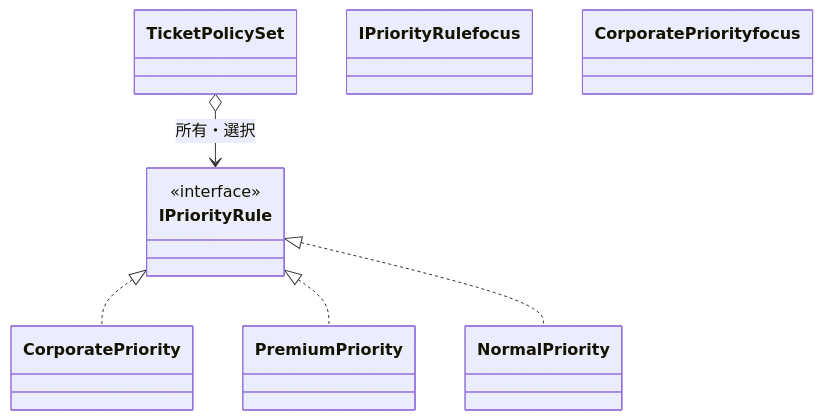
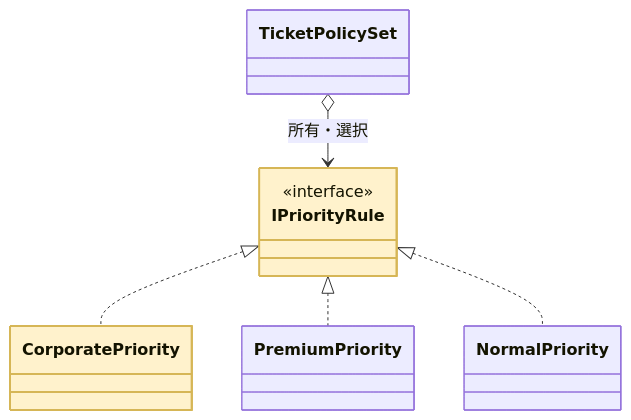
The ninth of 20 diagrams in kindle/design-patterns/output/chapter09_2.md (kumachan1101-pixel/DesignPattern), drawn with Mermaid before and after one commit. The commit also changed other lines of this file and 15 other files, not shown here.

First line of the commit message:
全章classDiagram: phantom浮きクラスを生む着色構文 class X focus を :::focus へ修正（103箇所）

````diff
--- a/kindle/design-patterns/output/chapter09_2.md
+++ b/kindle/design-patterns/output/chapter09_2.md
@@ -1289,15 +1289,15 @@
 ```mermaid
 classDiagram
     class TicketPolicySet
     class IPriorityRule { <<interface>> }
     class CorporatePriority
     class PremiumPriority
     class NormalPriority
     TicketPolicySet o--> IPriorityRule : 所有・選択
     IPriorityRule <|.. CorporatePriority
     IPriorityRule <|.. PremiumPriority
     IPriorityRule <|.. NormalPriority
-    class IPriorityRule focus
-    class CorporatePriority focus
+    class IPriorityRule:::focus
+    class CorporatePriority:::focus
     classDef focus fill:#FFF2CC,stroke:#D6B656,stroke-width:2px
 ```
````
